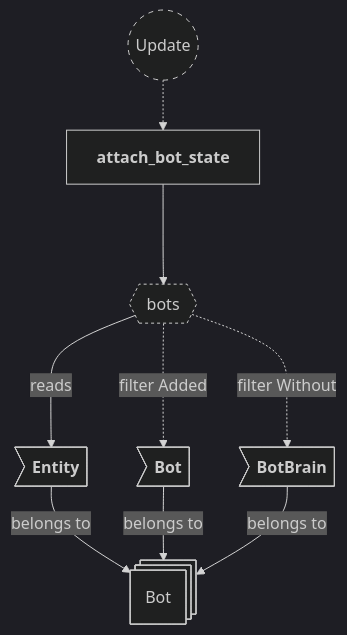
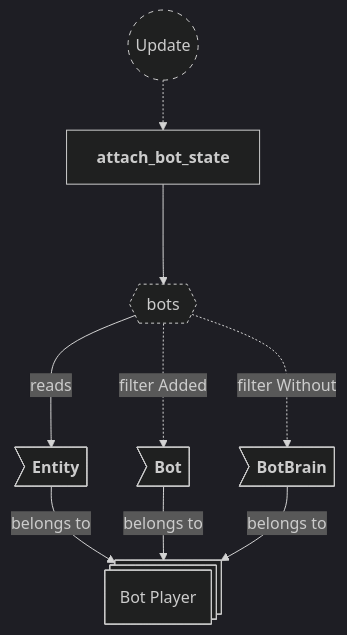
The third of 10 diagrams in backlog/docs/doc-20 - 018-Bot-plugin.md (neurosoup/tyled), drawn with Mermaid before and after one commit. The commit also changed other lines of this file, not shown here.

Commit message:
Docs: update doc-20 bot plugin to code and simplify text

````diff
--- a/backlog/docs/doc-20 - 018-Bot-plugin.md
+++ b/backlog/docs/doc-20 - 018-Bot-plugin.md
@@ -93,28 +142,28 @@
 ```mermaid
 ---
 config:
   theme: dark
 ---
 
 flowchart TD
 classDef system-group stroke-dasharray: 5 5
 classDef query stroke-dasharray: 3 3
 
 update(("`Update`")):::system-group
 attach_bot_state["`**attach_bot_state**`"]
 
 update -.-> attach_bot_state
 
 bots_query{{"`bots`"}}:::query
 attach_bot_state ---> bots_query
 
-bot_entity@{ shape: st-rect, label: "Bot" }
+bot_entity@{ shape: st-rect, label: "Bot Player" }
 
 be_entity>"`**Entity**`"] --> |belongs to| bot_entity
 be_bot>"`**Bot**`"] --> |belongs to| bot_entity
 be_brain>"`**BotBrain**`"] --> |belongs to| bot_entity
 
 bots_query ---> |reads| be_entity
 bots_query -..-> |filter Added| be_bot
 bots_query -..-> |filter Without| be_brain
 ```
````
